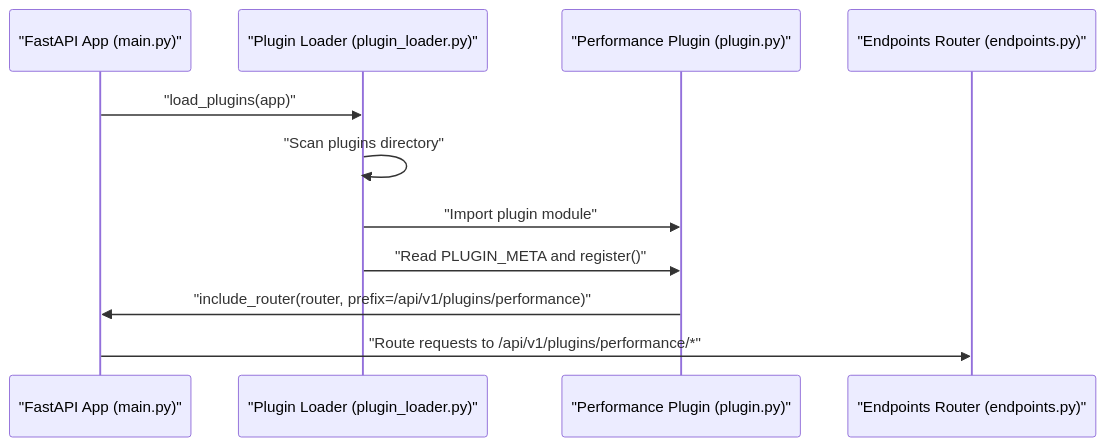
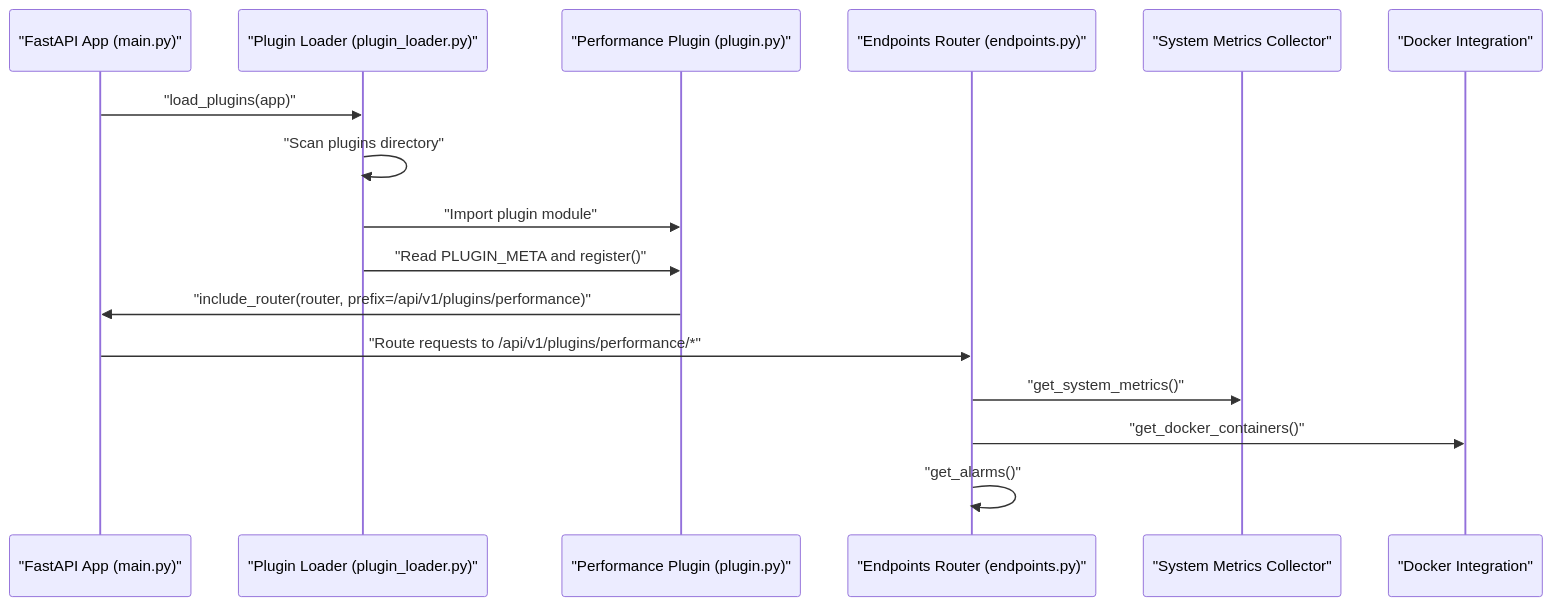
Before and after one commit to Nikita5543/New-SSO-02: the second of 9 diagrams in .qoder/repowiki/en/content/Built-in Plugins/Performance Plugin.md, drawn with Mermaid. The commit also changed other lines of this file and 7 other files, not shown here.

````diff
--- a/.qoder/repowiki/en/content/Built-in Plugins/Performance Plugin.md
+++ b/.qoder/repowiki/en/content/Built-in Plugins/Performance Plugin.md
@@ -110,13 +124,18 @@
 ```mermaid
 sequenceDiagram
 participant App as "FastAPI App (main.py)"
 participant Loader as "Plugin Loader (plugin_loader.py)"
 participant Plugin as "Performance Plugin (plugin.py)"
 participant Router as "Endpoints Router (endpoints.py)"
+participant Metrics as "System Metrics Collector"
+participant Docker as "Docker Integration"
 App->>Loader : "load_plugins(app)"
 Loader->>Loader : "Scan plugins directory"
 Loader->>Plugin : "Import plugin module"
 Loader->>Plugin : "Read PLUGIN_META and register()"
 Plugin->>App : "include_router(router, prefix=/api/v1/plugins/performance)"
 App->>Router : "Route requests to /api/v1/plugins/performance/*"
+Router->>Metrics : "get_system_metrics()"
+Router->>Docker : "get_docker_containers()"
+Router->>Router : "get_alarms()"
 ```
````
